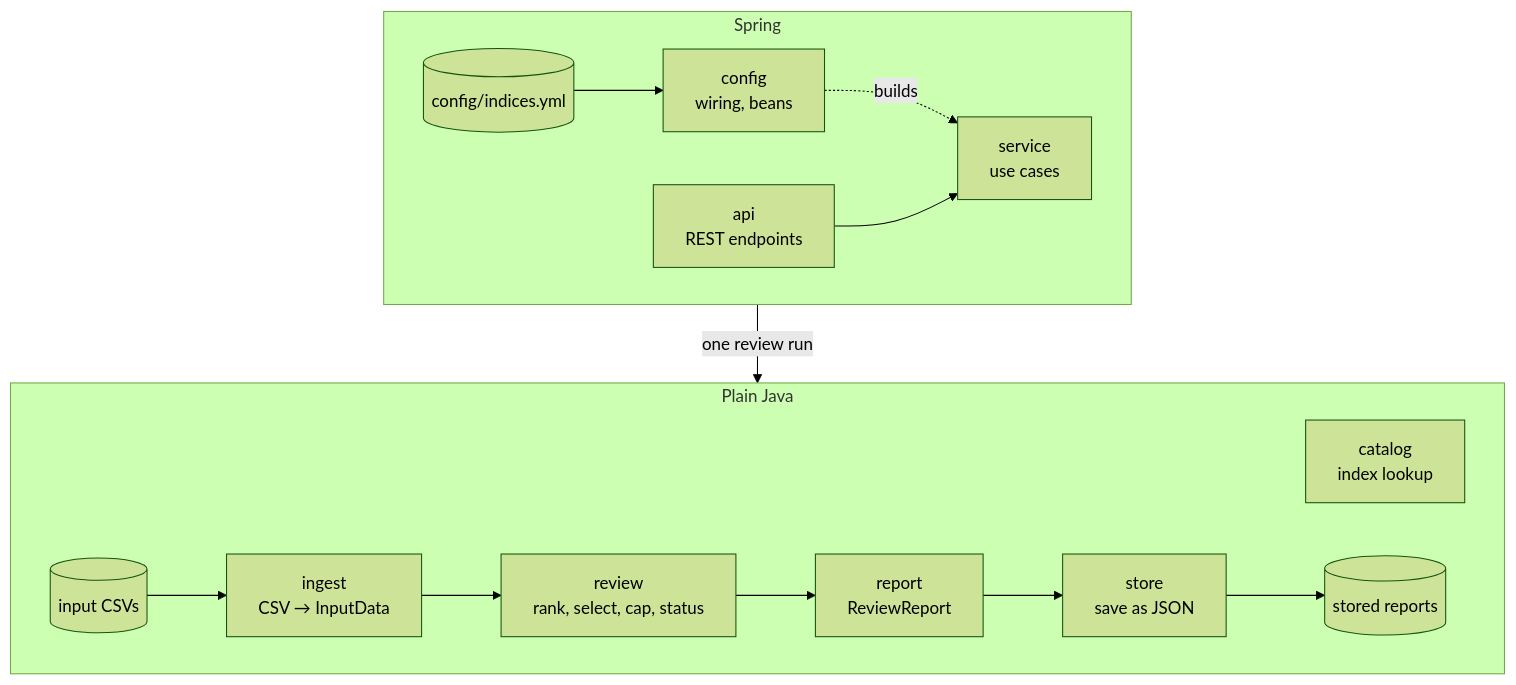
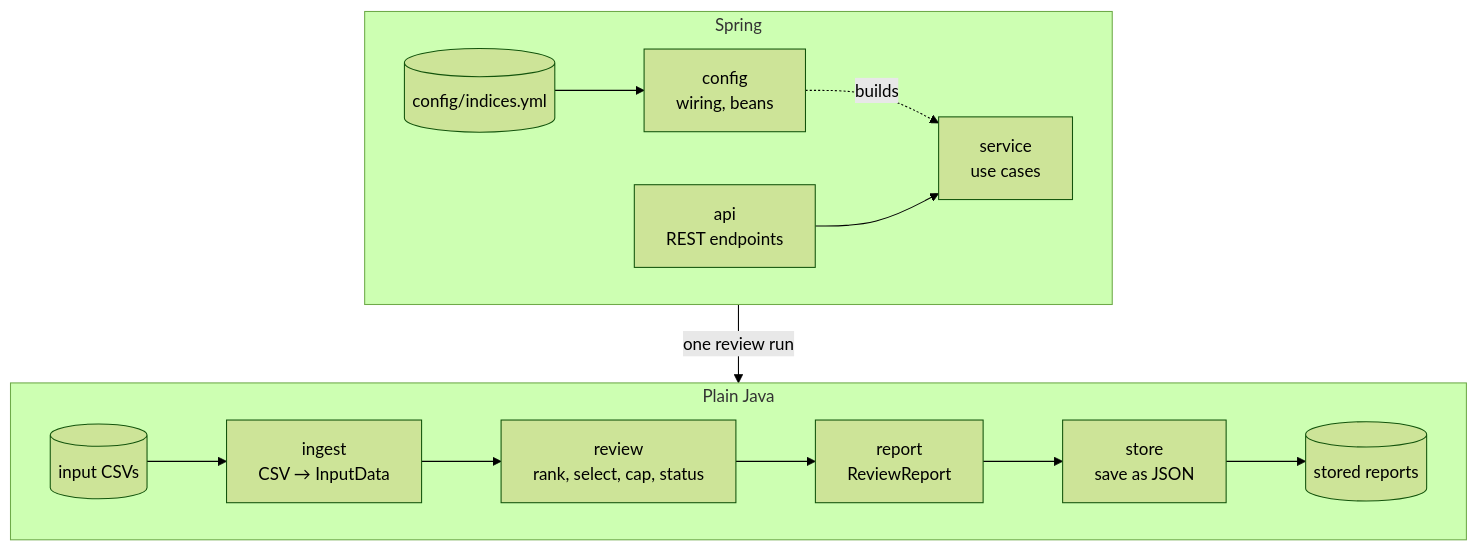
Before and after one commit to MarcMaetz/six-index: the diagram in docs/DESIGN.md, drawn with Mermaid (forest theme). The commit also changed other lines of this file and 20 other files, not shown here.

````diff
--- a/docs/DESIGN.md
+++ b/docs/DESIGN.md
@@ -22,15 +22,14 @@
 ```mermaid
 flowchart TB
     subgraph spring [Spring]
         direction LR
         config["config<br/>wiring, beans"] -. builds .-> service
         api["api<br/>REST endpoints"] --> service["service<br/>use cases"]
         yml[(config/indices.yml)] --> config
     end
     spring -- "one review run" --> plain
     subgraph plain [Plain Java]
         direction LR
-        catalog["catalog<br/>index lookup"]
         csv[(input CSVs)] --> ingest["ingest<br/>CSV → InputData"] --> review["review<br/>rank, select, cap, status"] --> report["report<br/>ReviewReport"] --> store["store<br/>save as JSON"] --> json[(stored reports)]
     end
 ```
````
